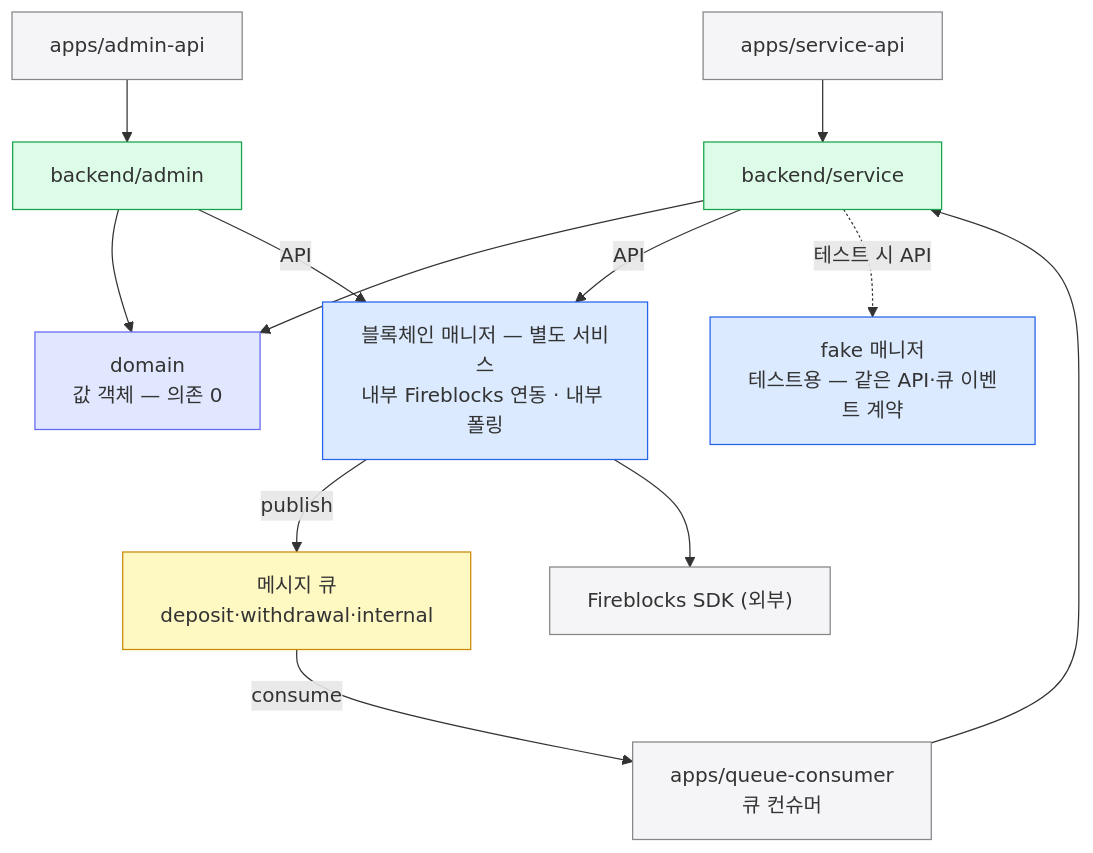
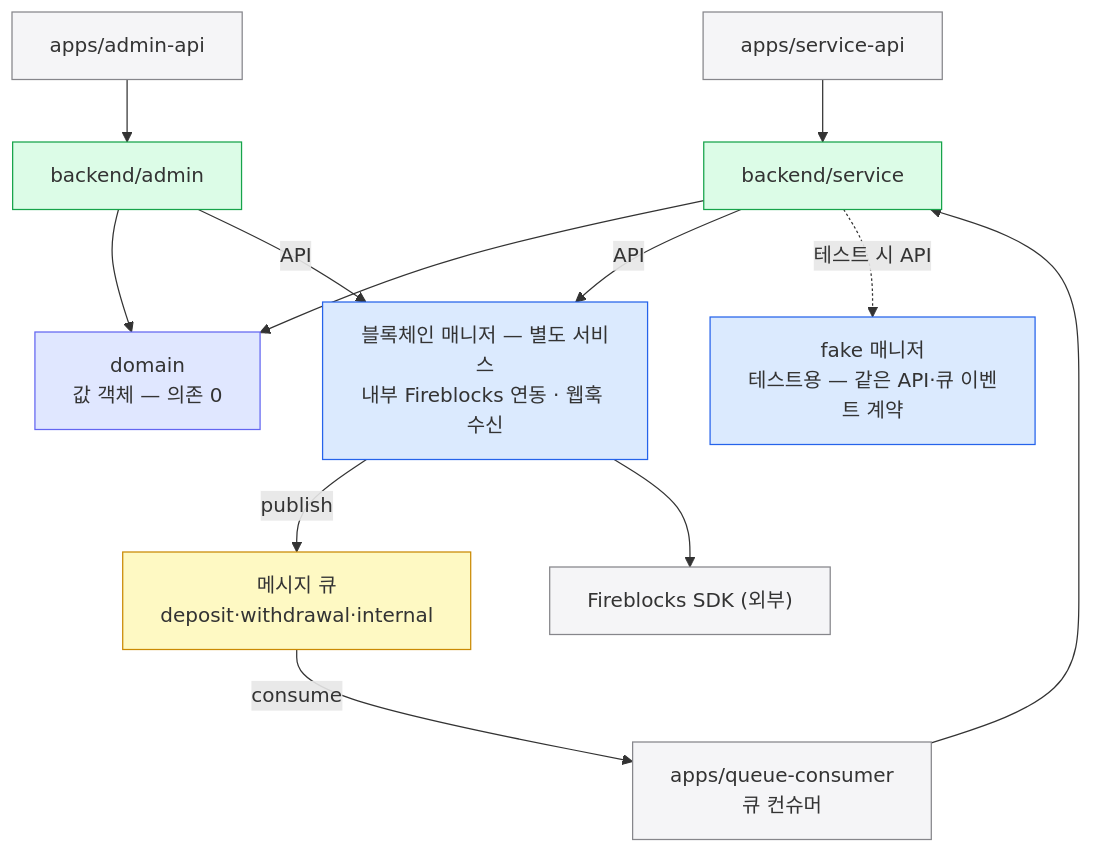
One commit to eunsujeo/eunpus changed the third of 4 diagrams in blockchain-manager/docs/블록체인매니저/설계/09-switch-extend.md. Above: the diagram before and after it, drawn with Mermaid. The commit also changed other lines of this file and 31 other files, not shown here.

````diff
--- a/blockchain-manager/docs/블록체인매니저/설계/09-switch-extend.md
+++ b/blockchain-manager/docs/블록체인매니저/설계/09-switch-extend.md
@@ -88,36 +88,36 @@
 ```mermaid
 flowchart TB
     SAPI["apps/service-api"]
     AAPI["apps/admin-api"]
     QC["apps/queue-consumer<br/>큐 컨슈머"]
     SBE["backend/service"]
     ABE["backend/admin"]
     DOM["domain<br/>값 객체 — 의존 0"]
     MQ["메시지 큐<br/>deposit·withdrawal·internal"]
-    BM["블록체인 매니저 — 별도 서비스<br/>내부 Fireblocks 연동 · 내부 폴링"]
+    BM["블록체인 매니저 — 별도 서비스<br/>내부 Fireblocks 연동 · 웹훅 수신"]
     FAKE["fake 매니저<br/>테스트용 — 같은 API·큐 이벤트 계약"]
     SDK["Fireblocks SDK (외부)"]
 
     SAPI --> SBE
     AAPI --> ABE
     QC --> SBE
     SBE --> DOM
     ABE --> DOM
     SBE -->|API| BM
     ABE -->|API| BM
     BM -->|publish| MQ
     MQ -->|consume| QC
     SBE -.테스트 시 API.-> FAKE
     BM --> SDK
 
     classDef mine fill:#dcfce7,stroke:#16a34a;
     classDef impl fill:#dbeafe,stroke:#2563eb;
     classDef core fill:#e0e7ff,stroke:#6366f1;
     classDef ext fill:#f5f5f7,stroke:#86868b;
     classDef mq fill:#fef9c3,stroke:#ca8a04;
     class SBE,ABE mine
     class BM,FAKE impl
     class DOM core
     class SAPI,AAPI,QC,SDK ext
     class MQ mq
 ```
````
